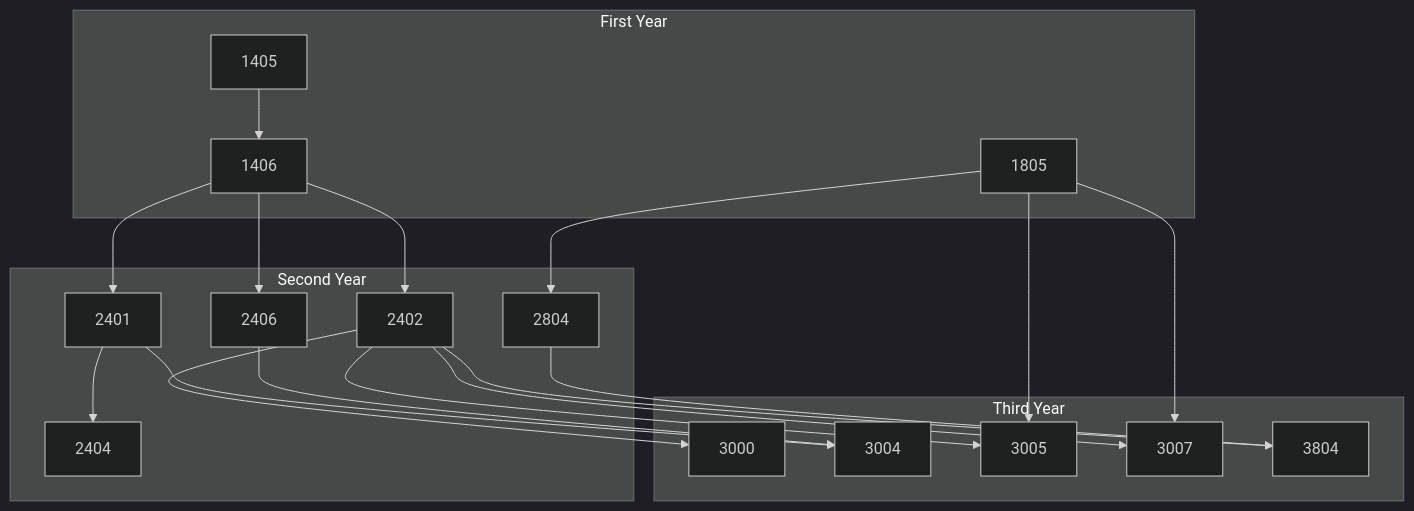
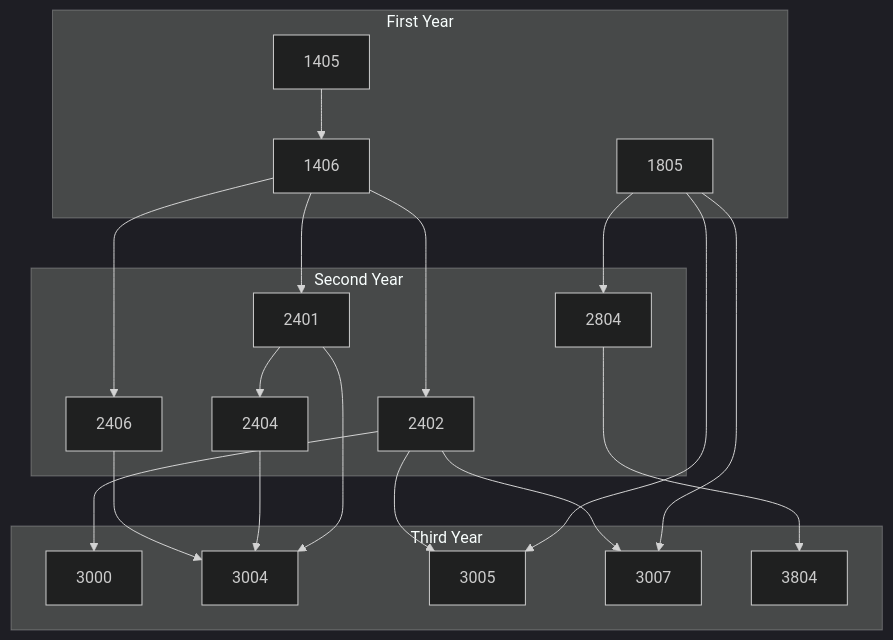
Before and after one commit to CarletonComputerScienceSociety/cs-course-tree: the first of 2 diagrams in README.md, drawn with Mermaid (dark theme).

````diff
--- a/README.md
+++ b/README.md
@@ -11,45 +11,46 @@
 ```mermaid
 flowchart TB
     subgraph firstyear [First Year]
     1405
     1406
     1805
     end
     1405-->1406
 
     1805-->2804
     1805-->3005
     1805-->3007
 
     1406-->2401
     1406-->2402
     1406-->2406
 
     subgraph secondyear [Second Year]
     2401
     2402
     2404
     2406
     2804
     end
 
     2401-->2404
     2401-->3004
 
     2402-->3000
     2402-->3005
     2402-->3007
-    2402-->3804
+    
+    2404-->3004
 
     2406-->3004
 
     2804-->3804
 
     subgraph thirdyear [Third Year]
     3000
     3004
     3005
     3007
     3804
     end
 ```
````
